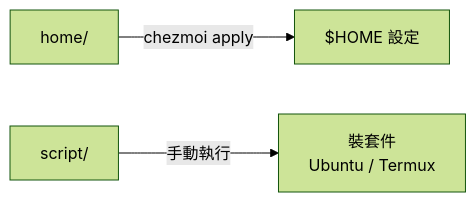
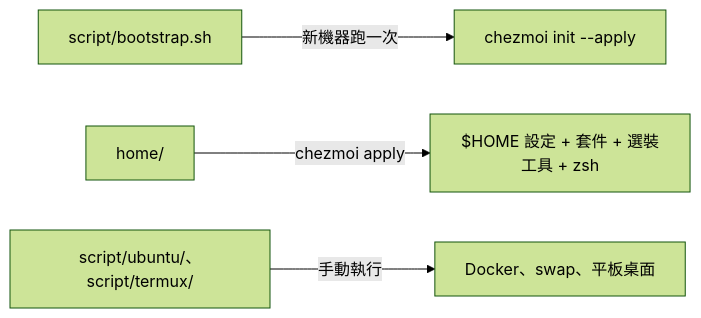
The diagram in README.md (henry5720/dotfiles), drawn with Mermaid (forest theme) before and after one commit. The commit also changed other lines of this file and 16 other files, not shown here.

First line of the commit message:
chore: 刪掉舊的 Ubuntu 安裝腳本,文件改寫成 bootstrap + chezmoi 流程(#67)

````diff
--- a/README.md
+++ b/README.md
@@ -16,5 +18,6 @@
 ```mermaid
 flowchart LR
-  home["home/"] -- chezmoi apply --> dot["$HOME 設定"]
-  script["script/"] -- 手動執行 --> pkg["裝套件<br/>Ubuntu / Termux"]
+  boot["script/bootstrap.sh"] -- 新機器跑一次 --> init["chezmoi init --apply"]
+  home["home/"] -- chezmoi apply --> dot["$HOME 設定 + 套件 + 選裝工具 + zsh"]
+  manual["script/ubuntu/、script/termux/"] -- 手動執行 --> sys["Docker、swap、平板桌面"]
 ```
````
